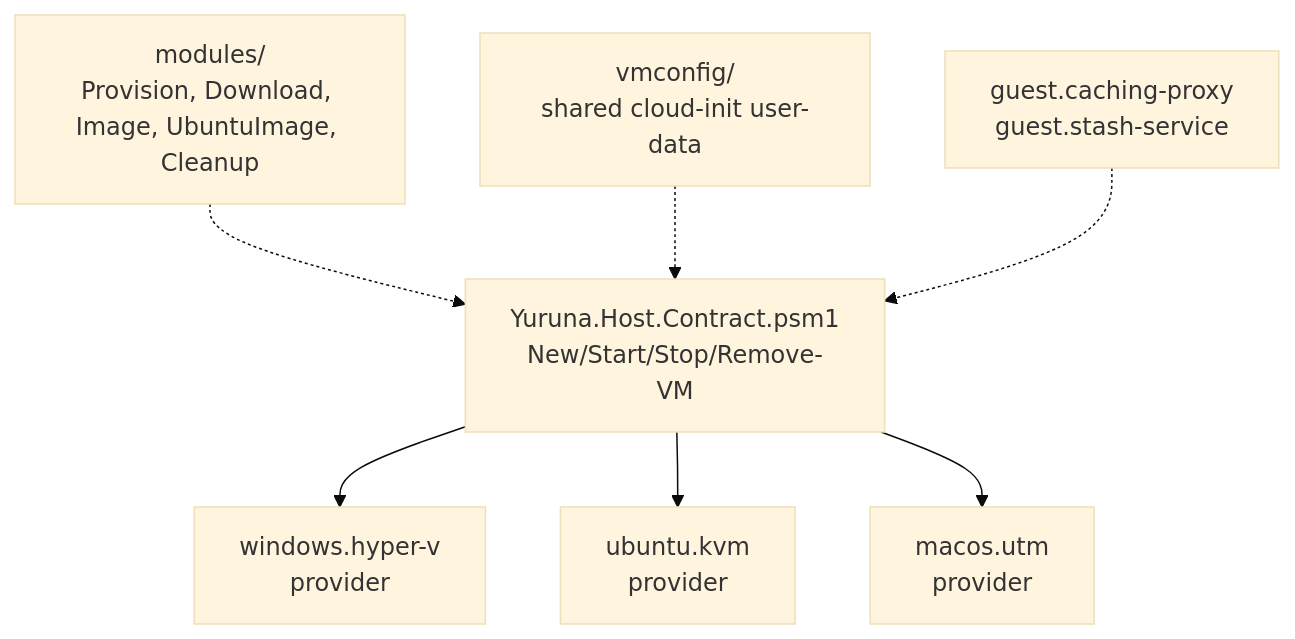
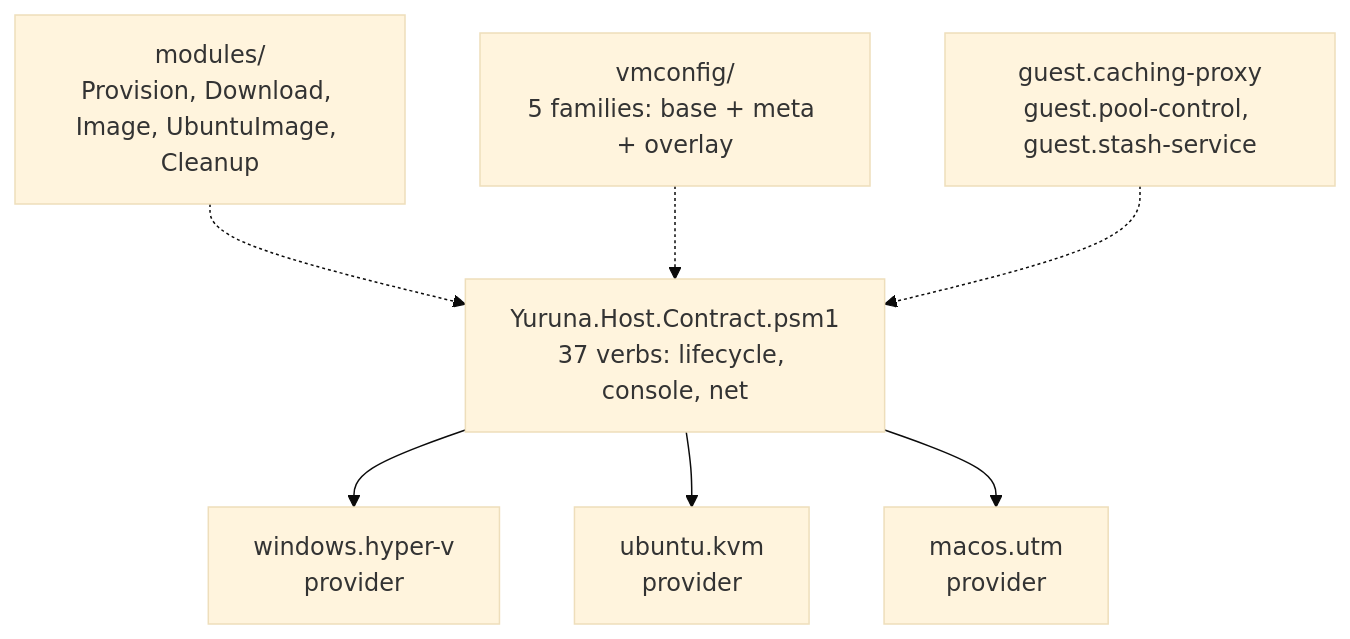
The second of 7 diagrams in docs/design/02-component-breakdown.md (alissonsol/yuruna), drawn with Mermaid (base theme) before and after one commit. The commit also changed other lines of this file and 536 other files, not shown here.

````diff
--- a/docs/design/02-component-breakdown.md
+++ b/docs/design/02-component-breakdown.md
@@ -39,17 +80,17 @@
 ```mermaid
 flowchart TD
     windows-hyperv[windows.hyper-v<br/>provider]
     ubuntu-kvm[ubuntu.kvm<br/>provider]
     macos-utm[macos.utm<br/>provider]
-    host-contract[Yuruna.Host.Contract.psm1<br/>New/Start/Stop/Remove-VM]
+    host-contract[Yuruna.Host.Contract.psm1<br/>37 verbs: lifecycle, console, net]
     host-modules[modules/<br/>Provision, Download, Image, UbuntuImage, Cleanup]
-    vmconfig[vmconfig/<br/>shared cloud-init user-data]
-    infra-guests[guest.caching-proxy<br/>guest.stash-service]
+    vmconfig[vmconfig/<br/>5 families: base + meta + overlay]
+    infra-guests[guest.caching-proxy<br/>guest.pool-control, guest.stash-service]
 
     host-contract --> windows-hyperv
     host-contract --> ubuntu-kvm
     host-contract --> macos-utm
     host-modules -.-> host-contract
     vmconfig -.-> host-contract
     infra-guests -.-> host-contract
 ```
````
